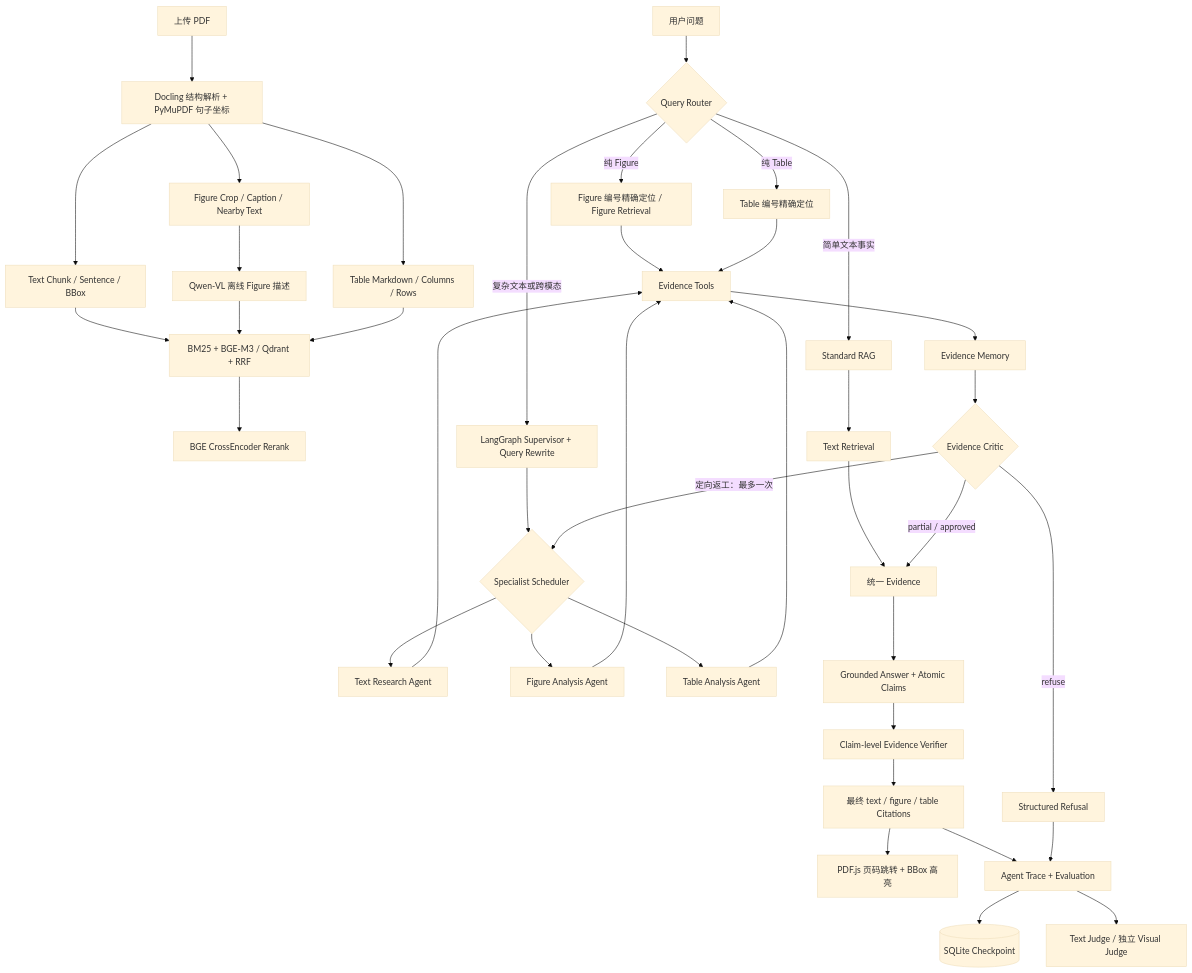
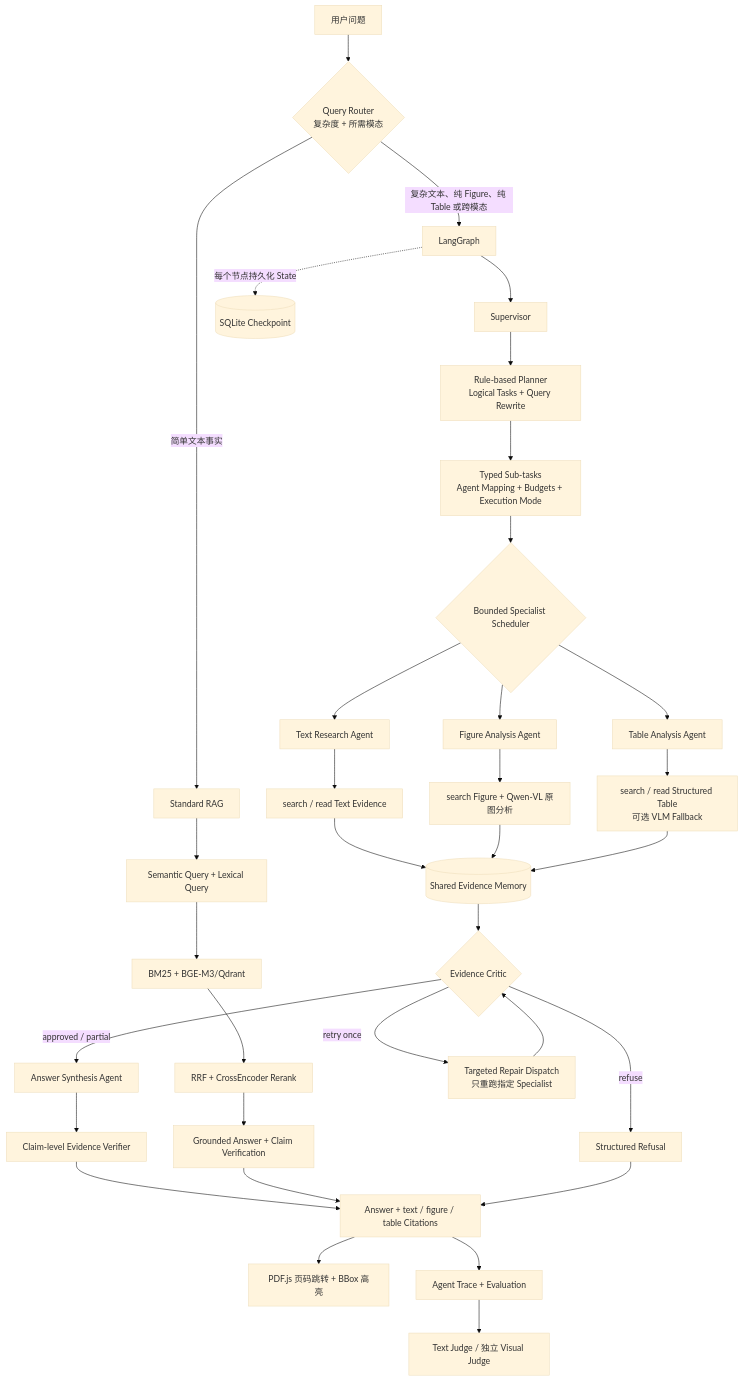
Before and after one commit to jiuBABY6/Paperlens: the second of 2 diagrams in README.md, drawn with Mermaid (base theme). The commit also changed other lines of this file, not shown here.

Commit message:
docs: correct parsing and multi-agent architecture diagrams

````diff
--- a/README.md
+++ b/README.md
@@ -9,45 +63,44 @@
 ```mermaid
 flowchart TD
-    PDF[上传 PDF] --> PARSE[Docling 结构解析 + PyMuPDF 句子坐标]
-    PARSE --> TEXT[Text Chunk / Sentence / BBox]
-    PARSE --> FIG[Figure Crop / Caption / Nearby Text]
-    PARSE --> TABLE[Table Markdown / Columns / Rows]
-    FIG --> OFFLINE[Qwen-VL 离线 Figure 描述]
+    QUESTION[用户问题] --> ROUTER{Query Router<br/>复杂度 + 所需模态}
 
-    TEXT --> INDEX[BM25 + BGE-M3 / Qdrant + RRF]
-    OFFLINE --> INDEX
-    TABLE --> INDEX
-    INDEX --> RERANK[BGE CrossEncoder Rerank]
+    ROUTER -->|简单文本事实| STANDARD[Standard RAG]
+    STANDARD --> QUERY_PLAN[Semantic Query + Lexical Query]
+    QUERY_PLAN --> TEXT_SEARCH[BM25 + BGE-M3/Qdrant]
+    TEXT_SEARCH --> FUSION[RRF + CrossEncoder Rerank]
+    FUSION --> STANDARD_ANSWER[Grounded Answer + Claim Verification]
 
-    QUESTION[用户问题] --> ROUTER{Query Router}
-    ROUTER -->|简单文本事实| STANDARD[Standard RAG]
-    ROUTER -->|纯 Figure| FIGURE_ROUTE[Figure 编号精确定位 / Figure Retrieval]
-    ROUTER -->|纯 Table| TABLE_ROUTE[Table 编号精确定位]
-    ROUTER -->|复杂文本或跨模态| SUPERVISOR[LangGraph Supervisor + Query Rewrite]
+    ROUTER -->|复杂文本、纯 Figure、纯 Table 或跨模态| GRAPH[LangGraph]
+    GRAPH --> SUPERVISOR[Supervisor]
+    SUPERVISOR --> PLANNER[Rule-based Planner<br/>Logical Tasks + Query Rewrite]
+    PLANNER --> PLAN[Typed Sub-tasks<br/>Agent Mapping + Budgets + Execution Mode]
+    PLAN --> DISPATCH{Bounded Specialist Scheduler}
 
-    STANDARD --> TEXT_SEARCH[Text Retrieval]
-    SUPERVISOR --> DISPATCH{Specialist Scheduler}
     DISPATCH --> TEXT_AGENT[Text Research Agent]
     DISPATCH --> FIGURE_AGENT[Figure Analysis Agent]
     DISPATCH --> TABLE_AGENT[Table Analysis Agent]
-    TEXT_AGENT --> TOOLS[Evidence Tools]
-    FIGURE_AGENT --> TOOLS
-    TABLE_AGENT --> TOOLS
-    FIGURE_ROUTE --> TOOLS
-    TABLE_ROUTE --> TOOLS
-    TEXT_SEARCH --> EVIDENCE[统一 Evidence]
-    TOOLS --> MEMORY[Evidence Memory]
+
+    TEXT_AGENT --> TEXT_TOOLS[search / read Text Evidence]
+    FIGURE_AGENT --> FIGURE_TOOLS[search Figure + Qwen-VL 原图分析]
+    TABLE_AGENT --> TABLE_TOOLS[search / read Structured Table<br/>可选 VLM Fallback]
+
+    TEXT_TOOLS --> MEMORY[(Shared Evidence Memory)]
+    FIGURE_TOOLS --> MEMORY
+    TABLE_TOOLS --> MEMORY
     MEMORY --> CRITIC{Evidence Critic}
-    CRITIC -->|定向返工：最多一次| DISPATCH
-    CRITIC -->|partial / approved| EVIDENCE
+
+    CRITIC -->|approved / partial| ANSWER[Answer Synthesis Agent]
+    CRITIC -->|retry once| REPAIR[Targeted Repair Dispatch<br/>只重跑指定 Specialist]
+    REPAIR --> CRITIC
     CRITIC -->|refuse| REFUSAL[Structured Refusal]
 
-    EVIDENCE --> ANSWER[Grounded Answer + Atomic Claims]
     ANSWER --> VERIFY[Claim-level Evidence Verifier]
-    VERIFY --> CITATION[最终 text / figure / table Citations]
-    CITATION --> UI[PDF.js 页码跳转 + BBox 高亮]
-    CITATION --> TRACE[Agent Trace + Evaluation]
-    REFUSAL --> TRACE
-    TRACE --> CHECKPOINT[(SQLite Checkpoint)]
+    VERIFY --> OUTPUT[Answer + text / figure / table Citations]
+    STANDARD_ANSWER --> OUTPUT
+    REFUSAL --> OUTPUT
+    OUTPUT --> UI[PDF.js 页码跳转 + BBox 高亮]
+    OUTPUT --> TRACE[Agent Trace + Evaluation]
     TRACE --> JUDGE[Text Judge / 独立 Visual Judge]
+
+    GRAPH -. 每个节点持久化 State .-> CHECKPOINT[(SQLite Checkpoint)]
 ```
````
